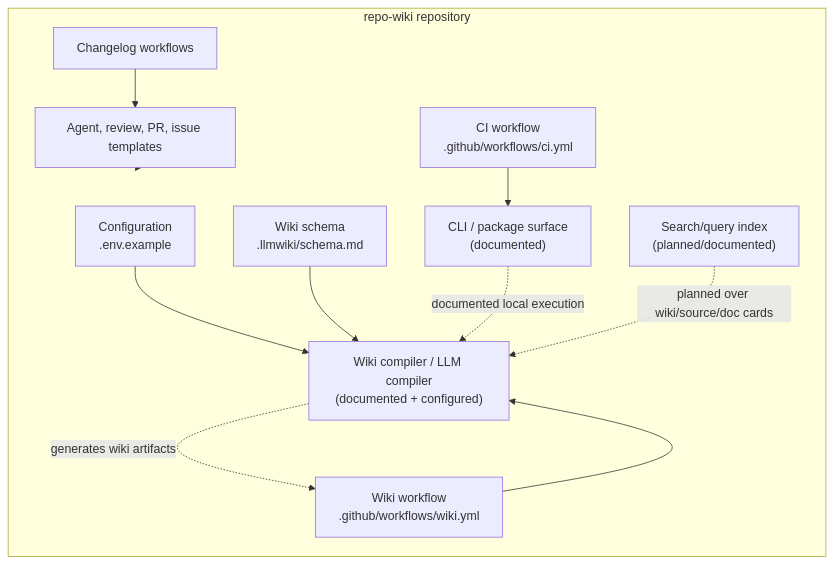
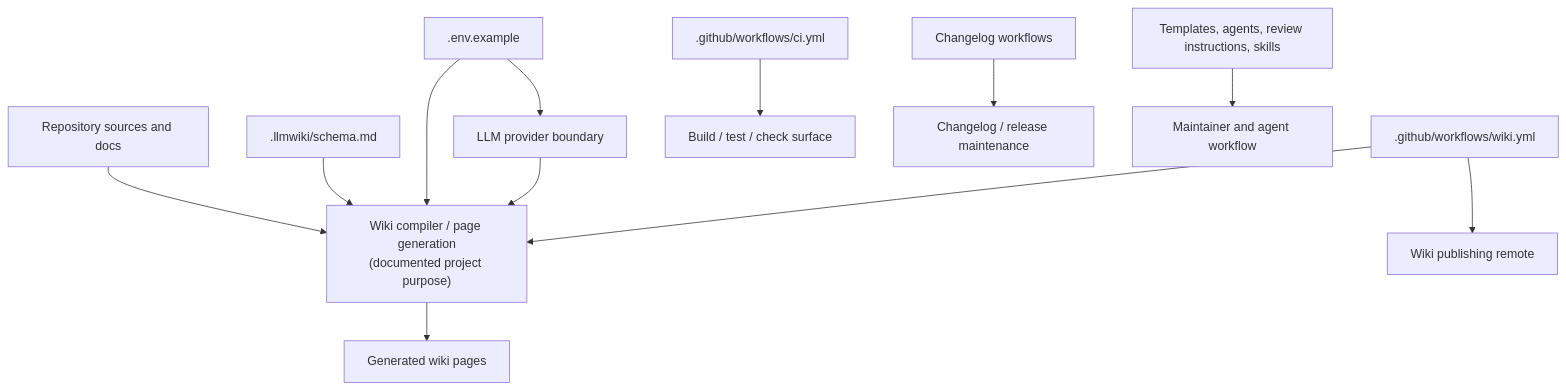
The second of 3 diagrams in Architecture.md (mfittko/repo-wiki), drawn with Mermaid before and after one commit. The commit also changed other lines of this file and 43 other files, not shown here.

Commit message:
Compile repository wiki 2026-05-15T17:36:39.093Z

````diff
--- a/Architecture.md
+++ b/Architecture.md
@@ -175,24 +168,18 @@
 ```mermaid
 flowchart TB
-  subgraph Repo["repo-wiki repository"]
-    Env["Configuration\n.env.example"]
-    Schema["Wiki schema\n.llmwiki/schema.md"]
-    CLI["CLI / package surface\n(documented)"]
-    Compiler["Wiki compiler / LLM compiler\n(documented + configured)"]
-    Search["Search/query index\n(planned/documented)"]
-    CI["CI workflow\n.github/workflows/ci.yml"]
-    WikiWF["Wiki workflow\n.github/workflows/wiki.yml"]
-    ChangelogWF["Changelog workflows"]
-    Process["Agent, review, PR, issue templates"]
-  end
+  Sources["Repository sources and docs"] --> Compiler["Wiki compiler / page generation<br/>(documented project purpose)"]
+  Schema[".llmwiki/schema.md"] --> Compiler
+  Compiler --> WikiPages["Generated wiki pages"]
 
-  Env --> Compiler
-  Schema --> Compiler
-  CLI -. "documented local execution" .-> Compiler
-  Compiler -. "generates wiki artifacts" .-> WikiWF
-  Search -. "planned over wiki/source/doc cards" .-> Compiler
-  CI --> CLI
-  WikiWF --> Compiler
-  ChangelogWF --> Process
-  Process --> Repo
+  Env[".env.example"] --> Compiler
+  Env --> LLMBoundary["LLM provider boundary"]
+  LLMBoundary --> Compiler
+
+  WikiWF[".github/workflows/wiki.yml"] --> Compiler
+  WikiWF --> Publish["Wiki publishing remote"]
+
+  CI[".github/workflows/ci.yml"] --> BuildCheck["Build / test / check surface"]
+  Changelog["Changelog workflows"] --> ReleaseNotes["Changelog / release maintenance"]
+
+  Governance["Templates, agents, review instructions, skills"] --> Maintainers["Maintainer and agent workflow"]
 ```
````
